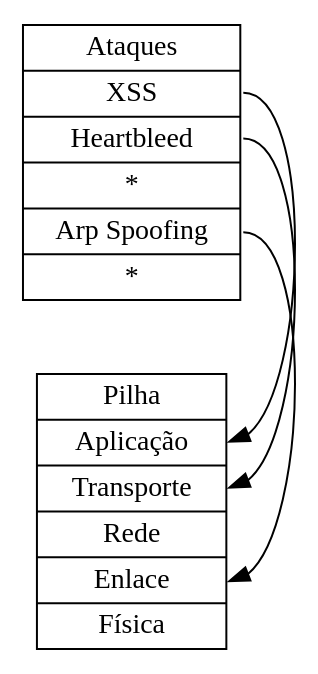
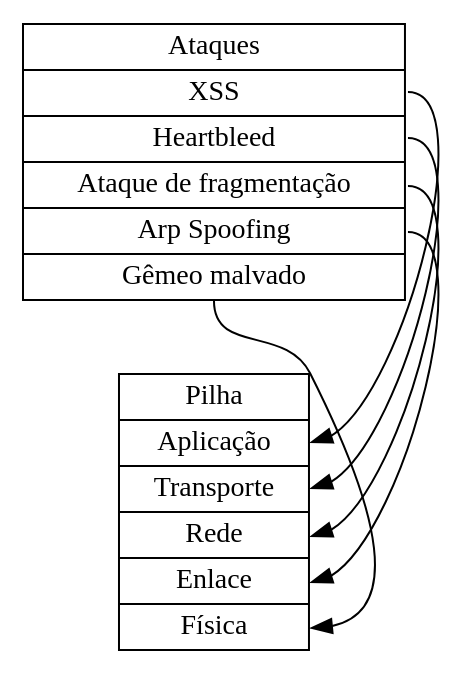
The diagram in slides/pilha_ataque.dot (giuliano-macedo/rc2t2), drawn with Graphviz before and after one commit. The commit also changed 4 other files, not shown here.

```diff
--- a/slides/pilha_ataque.dot
+++ b/slides/pilha_ataque.dot
@@ -1,18 +1,19 @@
 digraph{
 	stack [
 		shape=record
 		label="{Pilha|<a> Aplicação|<t> Transporte|<r> Rede|<e> Enlace | <f> Física}"
 	];
 	attacks [
 		shape=record
-		label="{Ataques|<a>XSS|<t>Heartbleed|<r>*|<e>Arp Spoofing|<f>*}"
+		label="{Ataques|<a>XSS|<t>Heartbleed|<r> Ataque de fragmentação|<e>Arp Spoofing|<f> Gêmeo malvado}"
 			
 	];
 	
 
 	attacks:a->stack:a;
 	attacks:t->stack:t;
+	attacks:r->stack:r;
 	attacks:e->stack:e;
-
+	attacks:f->stack:f;
 	
 }
```
